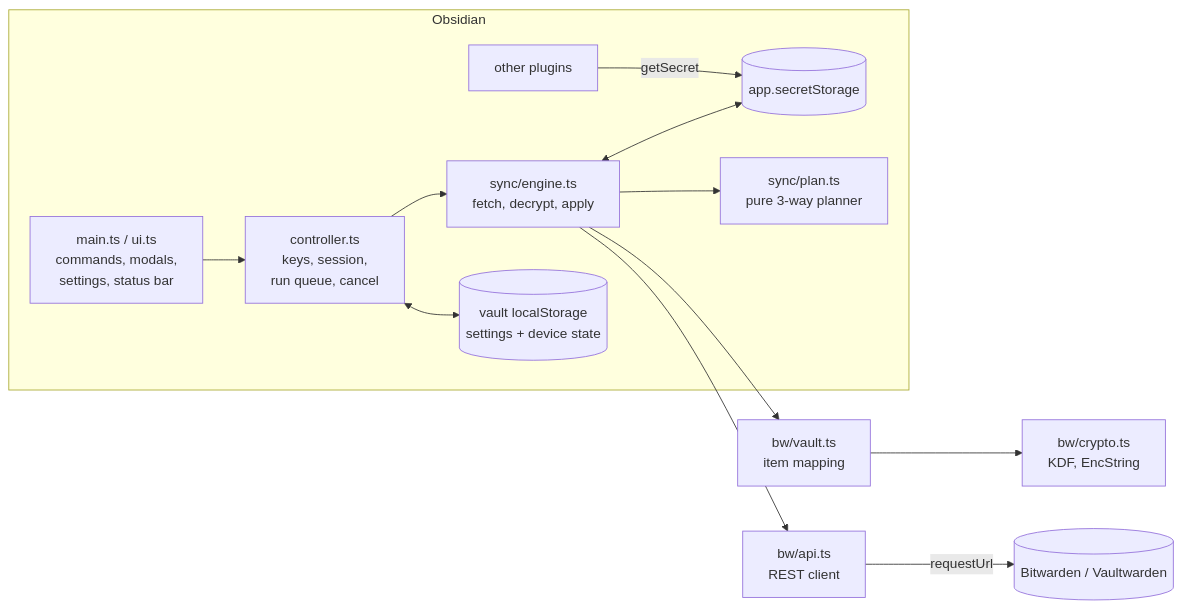
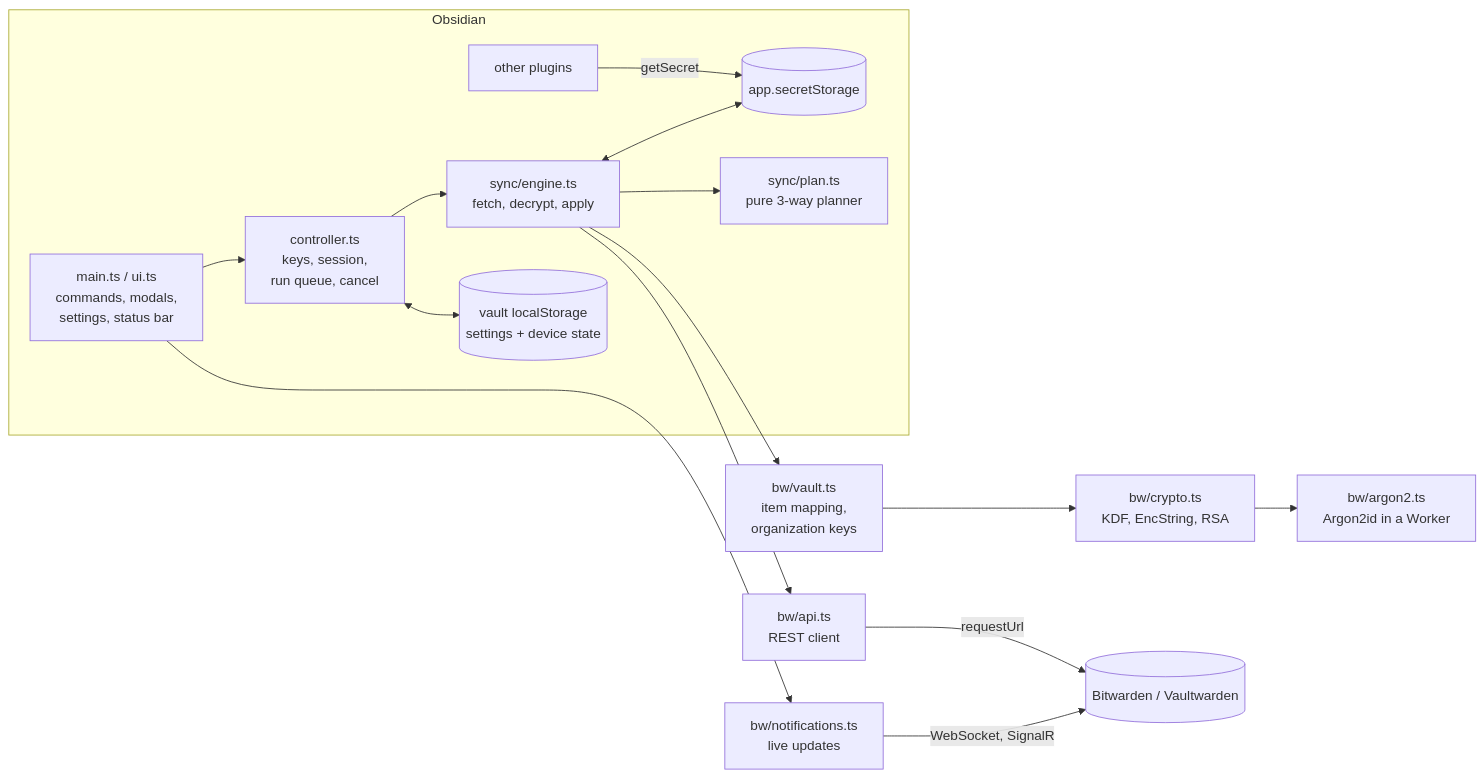
One commit to dynamotn/obsidian-keychain-bitwarden changed the diagram in docs/design.md. Above: the diagram before and after it, drawn with Mermaid. The commit also changed other lines of this file and 1 other file, not shown here.

Commit message:
docs: describe organization items, live sync and the worker

````diff
--- a/docs/design.md
+++ b/docs/design.md
@@ -86,15 +86,18 @@
 ```mermaid
 flowchart LR
   subgraph Obsidian
     P[other plugins] -- getSecret --> SS[(app.secretStorage)]
     UI[main.ts / ui.ts<br/>commands, modals,<br/>settings, status bar] --> C
     C[controller.ts<br/>keys, session,<br/>run queue, cancel] --> E
     E[sync/engine.ts<br/>fetch, decrypt, apply] --> PL[sync/plan.ts<br/>pure 3-way planner]
     E <--> SS
     C <--> LS[(vault localStorage<br/>settings + device state)]
   end
-  E --> V[bw/vault.ts<br/>item mapping]
-  V --> K[bw/crypto.ts<br/>KDF, EncString]
+  E --> V[bw/vault.ts<br/>item mapping,<br/>organization keys]
+  V --> K[bw/crypto.ts<br/>KDF, EncString, RSA]
+  K --> W[bw/argon2.ts<br/>Argon2id in a Worker]
   E --> A[bw/api.ts<br/>REST client]
   A -- requestUrl --> BW[(Bitwarden / Vaultwarden)]
+  UI --> H[bw/notifications.ts<br/>live updates]
+  H -- WebSocket, SignalR --> BW
 ```
````
